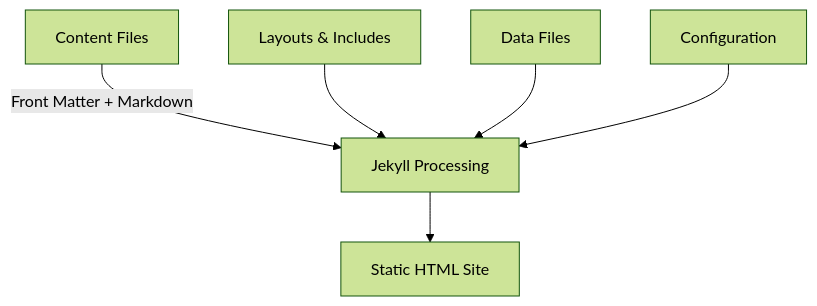
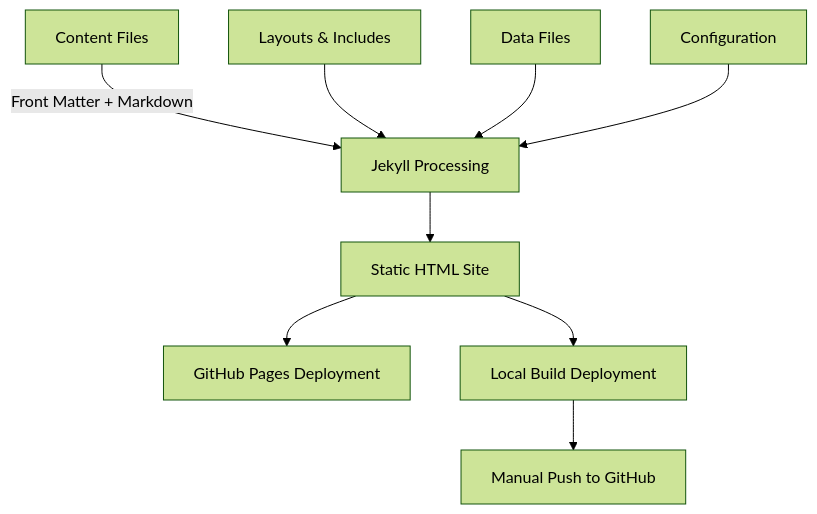
One commit to CyberSecSacramento/Cybersecurity-Sacramento changed the diagram in docs/DEVELOPMENT.md. Above: the diagram before and after it, drawn with Mermaid (forest theme). The commit also changed other lines of this file and 10 other files, not shown here.

Commit message:
Fix GitHub Pages deployment issues by implementing local build strategy with deploy.sh script, add sitemap.xml and robots.txt, update documentation

````diff
--- a/docs/DEVELOPMENT.md
+++ b/docs/DEVELOPMENT.md
@@ -25,8 +26,11 @@
 ```mermaid
 graph TD
     A[Content Files] -->|Front Matter + Markdown| B[Jekyll Processing]
     C[Layouts & Includes] --> B
     D[Data Files] --> B
     E[Configuration] --> B
     B --> F[Static HTML Site]
+    F --> G[GitHub Pages Deployment]
+    F --> H[Local Build Deployment]
+    H --> I[Manual Push to GitHub]
 ```
````
